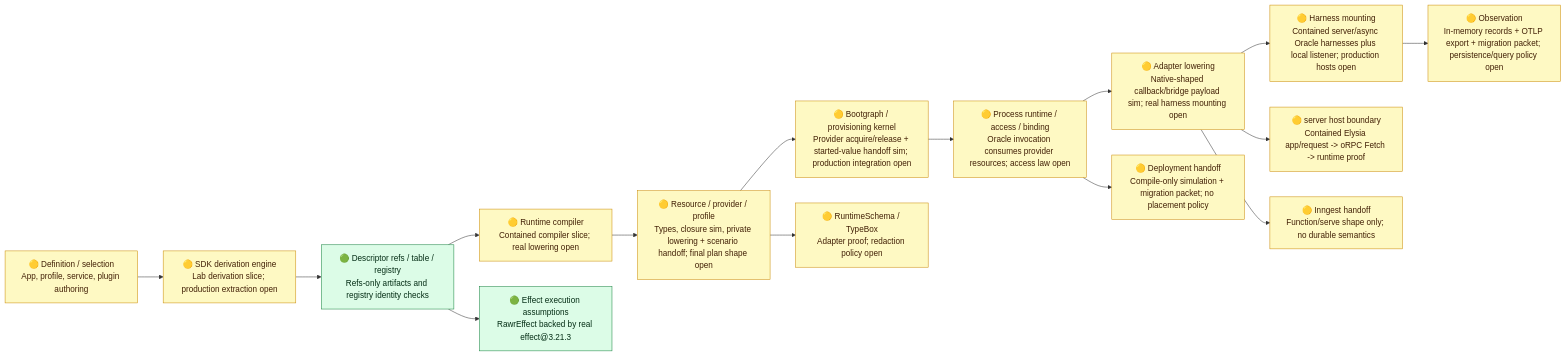
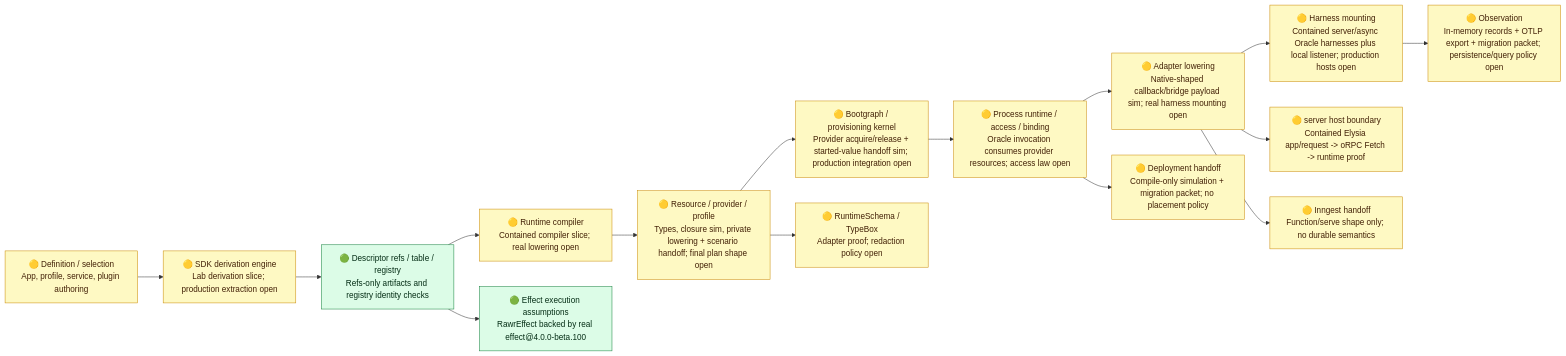
Before and after one commit to rawr-ai/rawr-hq-template: the diagram in tools/runtime-realization-type-env/evidence/runtime-spine-verification-diagnostic.md, drawn with Mermaid. The commit also changed other lines of this file and 62 other files, not shown here.

````diff
--- a/tools/runtime-realization-type-env/evidence/runtime-spine-verification-diagnostic.md
+++ b/tools/runtime-realization-type-env/evidence/runtime-spine-verification-diagnostic.md
@@ -23,25 +23,25 @@
 ```mermaid
 flowchart LR
   A["🟡 Definition / selection<br/>App, profile, service, plugin authoring"] --> B["🟡 SDK derivation engine<br/>Lab derivation slice; production extraction open"]
   B --> C["🟢 Descriptor refs / table / registry<br/>Refs-only artifacts and registry identity checks"]
   C --> D["🟡 Runtime compiler<br/>Contained compiler slice; real lowering open"]
   D --> E["🟡 Resource / provider / profile<br/>Types, closure sim, private lowering + scenario handoff; final plan shape open"]
   E --> F["🟡 Bootgraph / provisioning kernel<br/>Provider acquire/release + started-value handoff sim; production integration open"]
   F --> G["🟡 Process runtime / access / binding<br/>Oracle invocation consumes provider resources; access law open"]
   G --> H["🟡 Adapter lowering<br/>Native-shaped callback/bridge payload sim; real harness mounting open"]
   H --> I["🟡 Harness mounting<br/>Contained server/async Oracle harnesses plus local listener; production hosts open"]
   I --> J["🟡 Observation<br/>In-memory records + OTLP export + migration packet; persistence/query policy open"]
 
-  C --> K["🟢 Effect execution assumptions<br/>RawrEffect backed by real effect@3.21.3"]
+  C --> K["🟢 Effect execution assumptions<br/>RawrEffect backed by real effect@4.0.0-beta.100"]
   E --> L["🟡 RuntimeSchema / TypeBox<br/>Adapter proof; redaction policy open"]
   H --> M["🟡 server host boundary<br/>Contained Elysia app/request -> oRPC Fetch -> runtime proof"]
   H --> N["🟡 Inngest handoff<br/>Function/serve shape only; no durable semantics"]
   G --> O["🟡 Deployment handoff<br/>Compile-only simulation + migration packet; no placement policy"]
 
   classDef green fill:#dcfce7,stroke:#15803d,color:#052e16;
   classDef yellow fill:#fef9c3,stroke:#ca8a04,color:#422006;
   classDef red fill:#fee2e2,stroke:#b91c1c,color:#450a0a;
   class C,K green;
   class A,B,D,E,F,G,H,J,L,M,N,O yellow;
   class I yellow;
 ```
````
